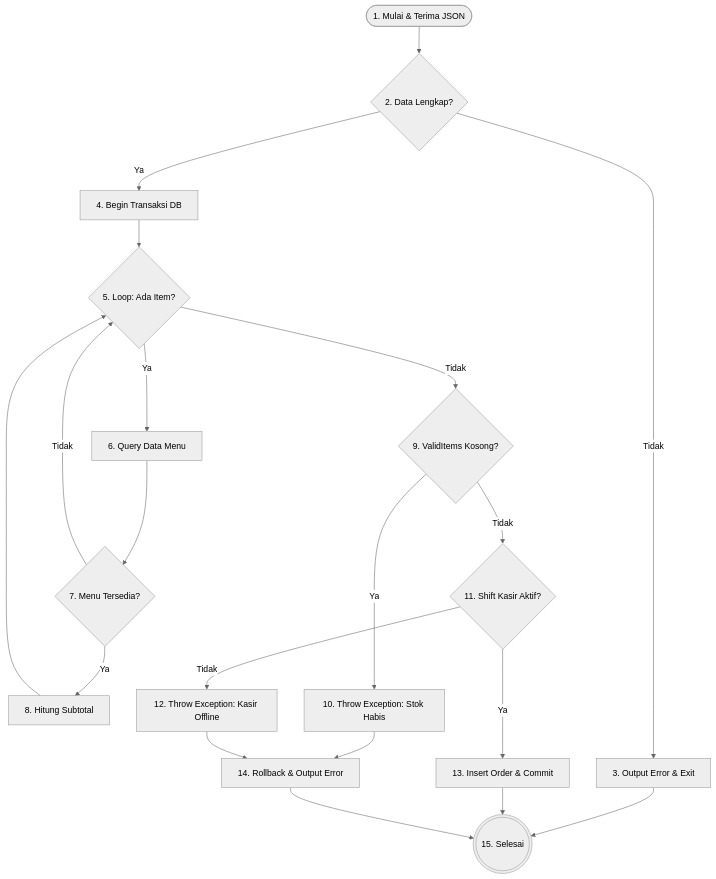
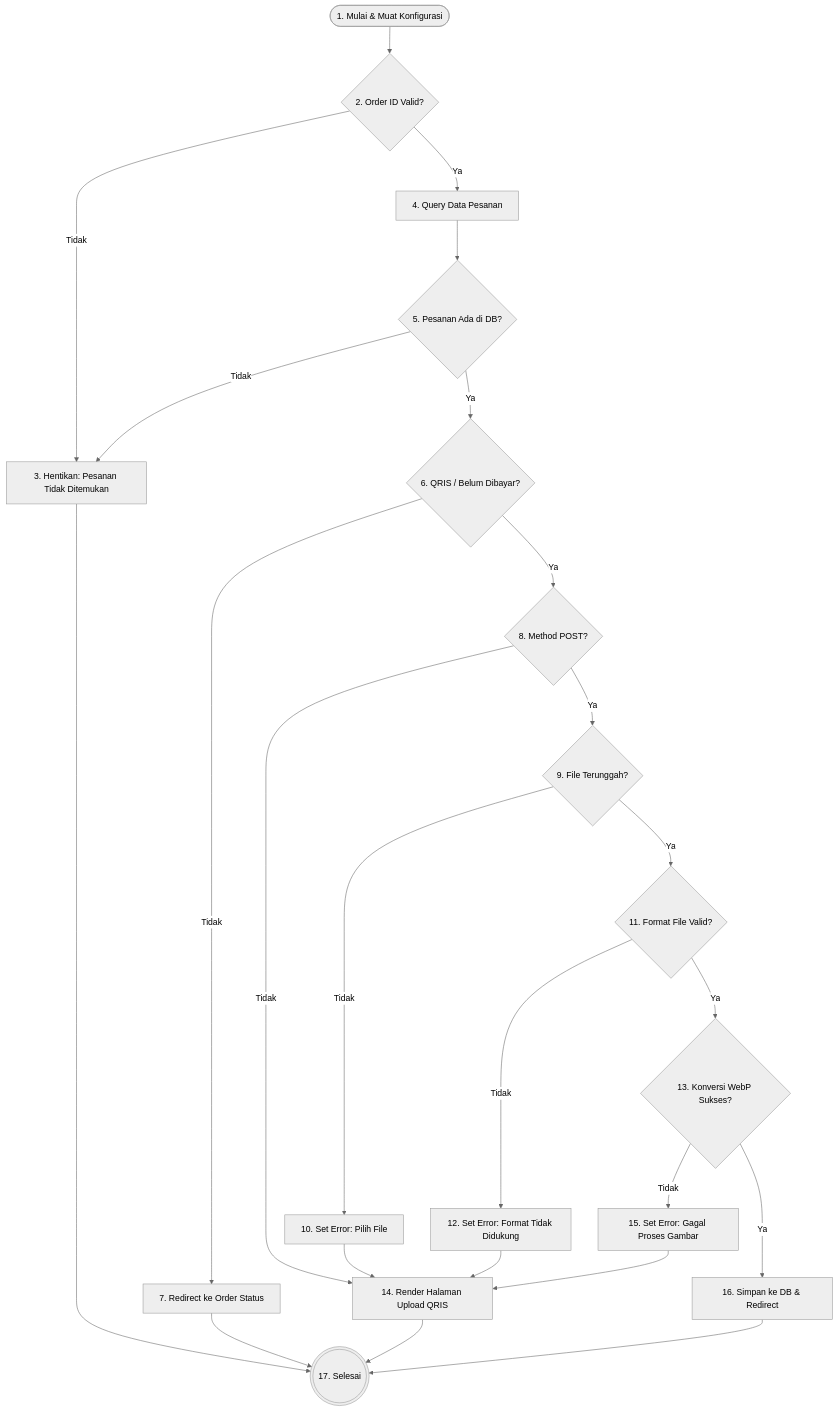
The third of 6 diagrams in docs/pengujian_whitebox.md (hafiizh09/-pemesanan_ak), drawn with Mermaid (neutral theme) before and after one commit. The commit also changed other lines of this file, not shown here.

Commit message:
docs: tambah pengujian white box - Login, Modul Pelanggan QRIS, Modul Kasir

````diff
--- a/docs/pengujian_whitebox.md
+++ b/docs/pengujian_whitebox.md
@@ -113,28 +145,33 @@
 ```mermaid
 graph TD
-    Node1([1. Mulai & Terima JSON]) --> Node2{2. Data Lengkap?}
-    Node2 -- Tidak --> Node3[3. Output Error & Exit]
-    Node2 -- Ya --> Node4[4. Begin Transaksi DB]
+    Node1([1. Mulai & Muat Konfigurasi]) --> Node2{2. Order ID Valid?}
+    Node2 -- Tidak --> Node3[3. Hentikan: Pesanan Tidak Ditemukan]
+    Node2 -- Ya --> Node4[4. Query Data Pesanan]
+    Node4 --> Node5{5. Pesanan Ada di DB?}
+    Node5 -- Tidak --> Node3
+    Node5 -- Ya --> Node6{6. QRIS / Belum Dibayar?}
+    Node6 -- Tidak --> Node7[7. Redirect ke Order Status]
+    Node6 -- Ya --> Node8{8. Method POST?}
 
-    Node3 --> Node15(((15. Selesai)))
+    Node8 -- Tidak --> Node14[14. Render Halaman Upload QRIS]
+    Node8 -- Ya --> Node9{9. File Terunggah?}
 
-    Node4 --> Node5{5. Loop: Ada Item?}
-    Node5 -- Ya --> Node6[6. Query Data Menu]
-    Node6 --> Node7{7. Menu Tersedia?}
-    Node7 -- Tidak --> Node5
-    Node7 -- Ya --> Node8[8. Hitung Subtotal]
-    Node8 --> Node5
+    Node9 -- Tidak --> Node10[10. Set Error: Pilih File]
+    Node9 -- Ya --> Node11{11. Format File Valid?}
 
-    Node5 -- Tidak --> Node9{9. ValidItems Kosong?}
-    Node9 -- Ya --> Node10[10. Throw Exception: Stok Habis]
-    Node9 -- Tidak --> Node11{11. Shift Kasir Aktif?}
+    Node10 --> Node14
 
-    Node10 --> Node14[14. Rollback & Output Error]
-
-    Node11 -- Tidak --> Node12[12. Throw Exception: Kasir Offline]
-    Node11 -- Ya --> Node13[13. Insert Order & Commit]
+    Node11 -- Tidak --> Node12[12. Set Error: Format Tidak Didukung]
+    Node11 -- Ya --> Node13{13. Konversi WebP Sukses?}
 
     Node12 --> Node14
-    Node13 --> Node15
-    Node14 --> Node15
+
+    Node13 -- Tidak --> Node15[15. Set Error: Gagal Proses Gambar]
+    Node13 -- Ya --> Node16[16. Simpan ke DB & Redirect]
+
+    Node15 --> Node14
+    Node14 --> Node17(((17. Selesai)))
+    Node7 --> Node17
+    Node3 --> Node17
+    Node16 --> Node17
 ```
````
